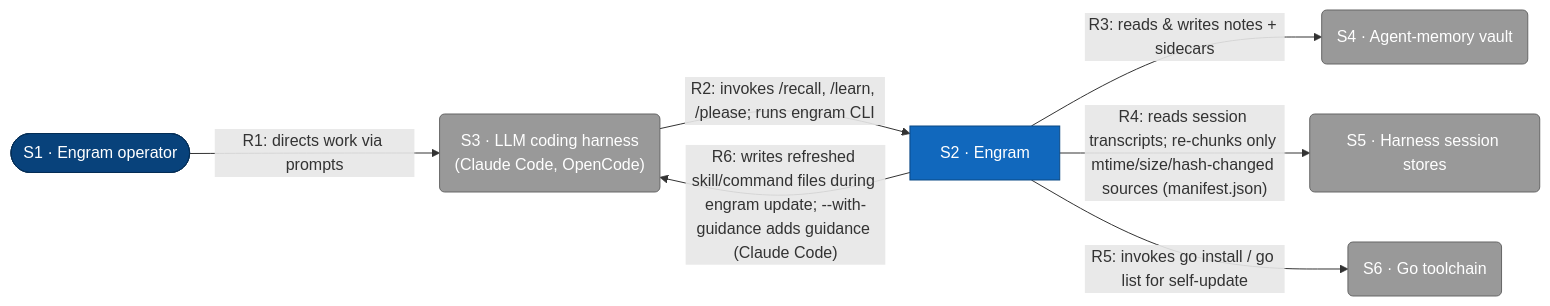
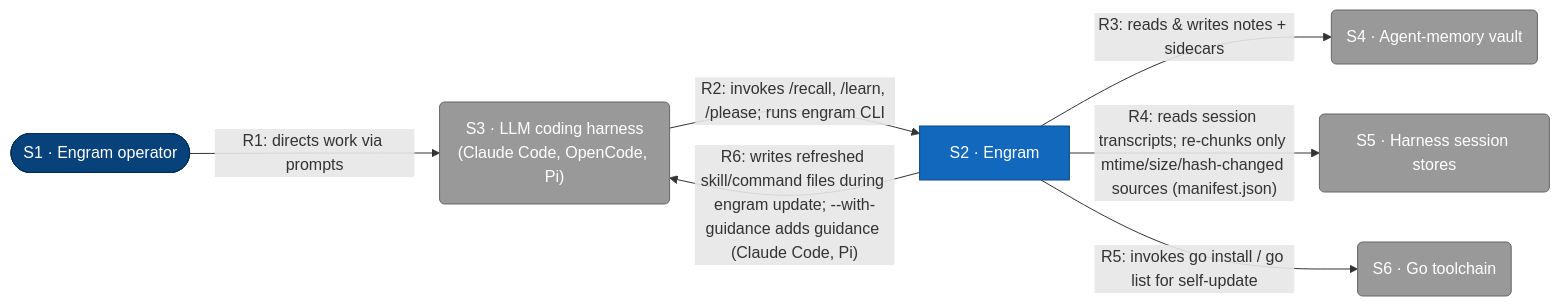
One commit to toejough/engram changed the first of 8 diagrams in docs/architecture/c1-system-context.md. Above: the diagram before and after it, drawn with Mermaid. The commit also changed other lines of this file and 10 other files, not shown here.

First line of the commit message:
docs: pi is a first-class harness across READMEs, glossary, roadmap, C1-C3

````diff
--- a/docs/architecture/c1-system-context.md
+++ b/docs/architecture/c1-system-context.md
@@ -9,31 +9,31 @@
 ```mermaid
 flowchart LR
     classDef person      fill:#08427b,stroke:#052e56,color:#fff
     classDef external    fill:#999,   stroke:#666,   color:#fff
     classDef container   fill:#1168bd,stroke:#0b4884,color:#fff
 
     user([S1 · Engram operator])
     engram[S2 · Engram]
-    harness("S3 · LLM coding harness<br/>(Claude Code, OpenCode)")
+    harness("S3 · LLM coding harness<br/>(Claude Code, OpenCode, Pi)")
     vault(S4 · Agent-memory vault)
     sessions(S5 · Harness session stores)
     gotool(S6 · Go toolchain)
 
     user -->|"R1: directs work via prompts"| harness
     harness -->|"R2: invokes /recall, /learn, /please; runs engram CLI"| engram
     engram -->|"R3: reads & writes notes + sidecars"| vault
     engram -->|"R4: reads session transcripts; re-chunks only mtime/size/hash-changed sources (manifest.json)"| sessions
     engram -->|"R5: invokes go install / go list for self-update"| gotool
-    engram -->|"R6: writes refreshed skill/command files during engram update; --with-guidance adds guidance (Claude Code)"| harness
+    engram -->|"R6: writes refreshed skill/command files during engram update; --with-guidance adds guidance (Claude Code, Pi)"| harness
 
     class user person
     class harness,vault,sessions,gotool external
     class engram container
 
     click user href "#s1-engram-operator"
     click engram href "#s2-engram"
     click harness href "#s3-llm-coding-harness"
     click vault href "#s4-agent-memory-vault"
     click sessions href "#s5-harness-session-stores"
     click gotool href "#s6-go-toolchain"
 ```
````
